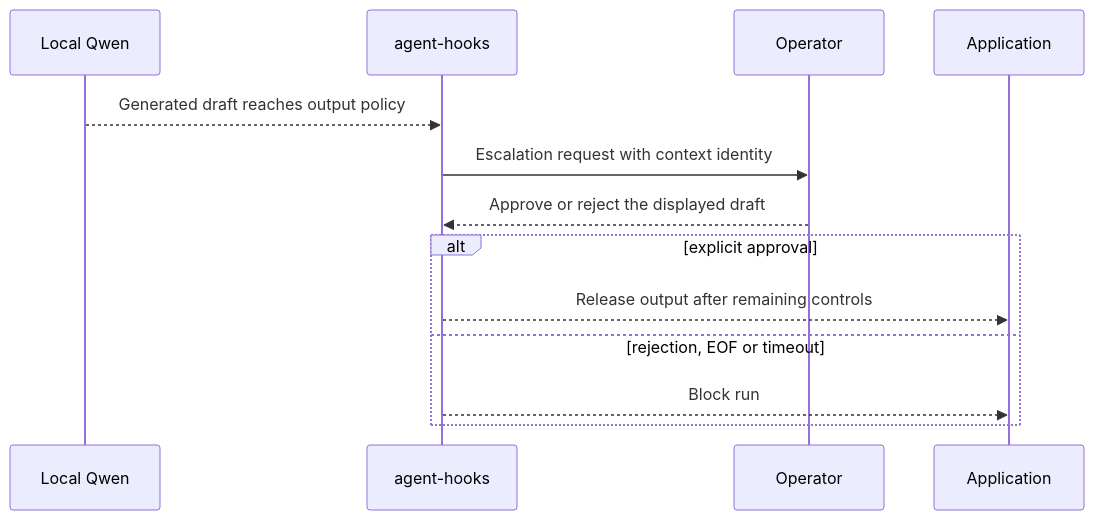
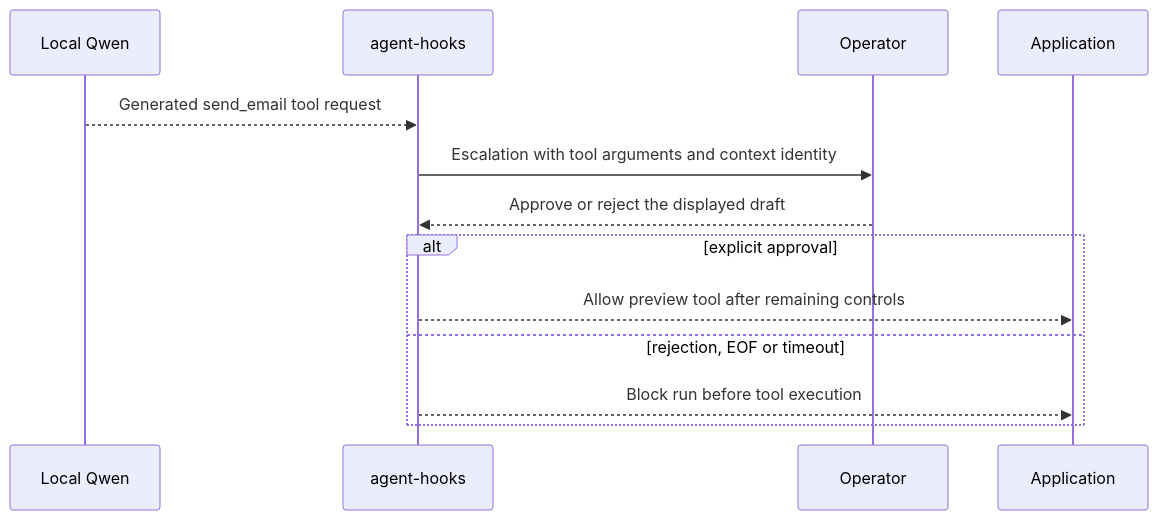
Before and after one commit to prayagupa/agent-control-adapters: the second of 2 diagrams in examples/crewai/README.md, drawn with Mermaid. The commit also changed other lines of this file and 32 other files, not shown here.

````diff
--- a/examples/crewai/README.md
+++ b/examples/crewai/README.md
@@ -46,15 +139,15 @@
 ```mermaid
 sequenceDiagram
     participant Model as Local Qwen
     participant SDK as agent-hooks
     participant User as Operator
     participant App as Application
-    Model-->>SDK: Generated draft reaches output policy
-    SDK->>User: Escalation request with context identity
+    Model-->>SDK: Generated send_email tool request
+    SDK->>User: Escalation with tool arguments and context identity
     User-->>SDK: Approve or reject the displayed draft
     alt explicit approval
-        SDK-->>App: Release output after remaining controls
+        SDK-->>App: Allow preview tool after remaining controls
     else rejection, EOF or timeout
-        SDK-->>App: Block run
+        SDK-->>App: Block run before tool execution
     end
 ```
````
